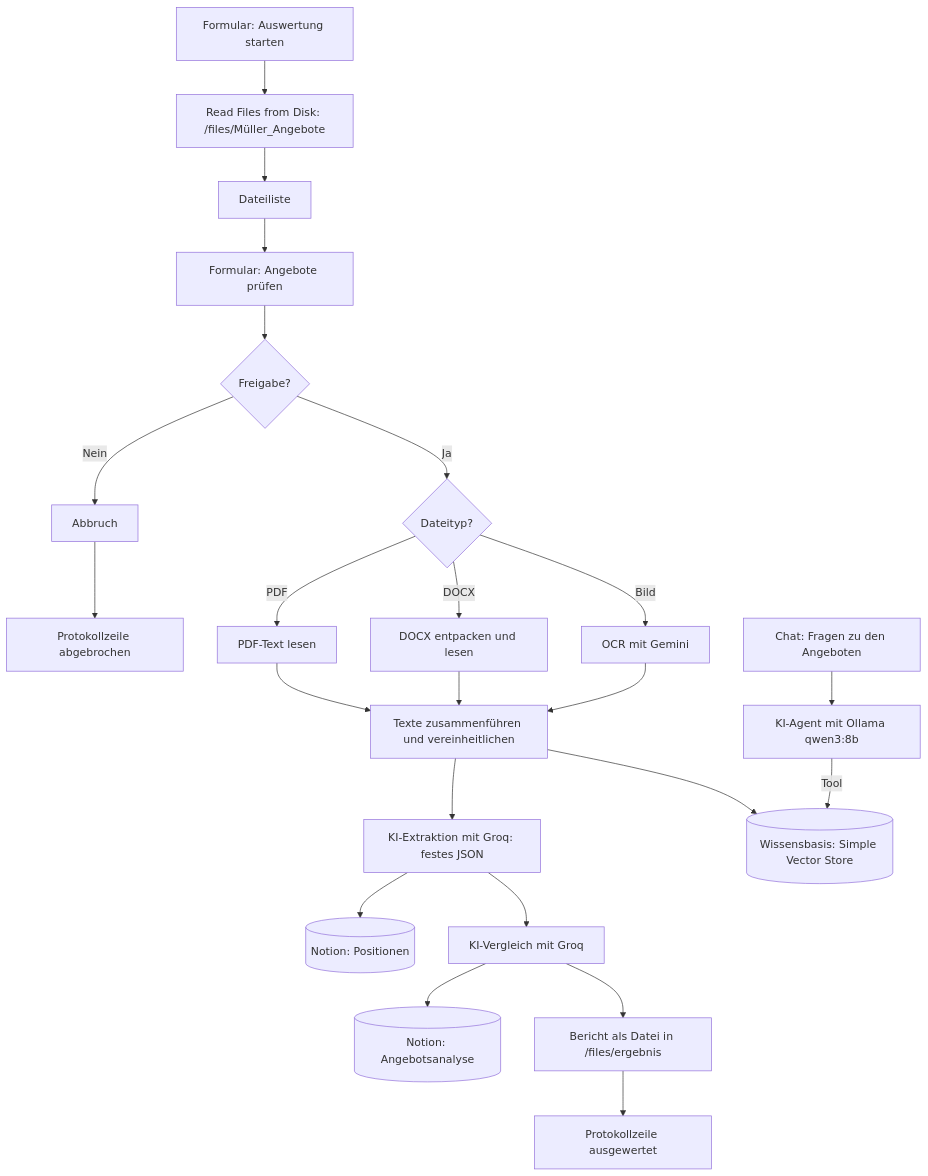
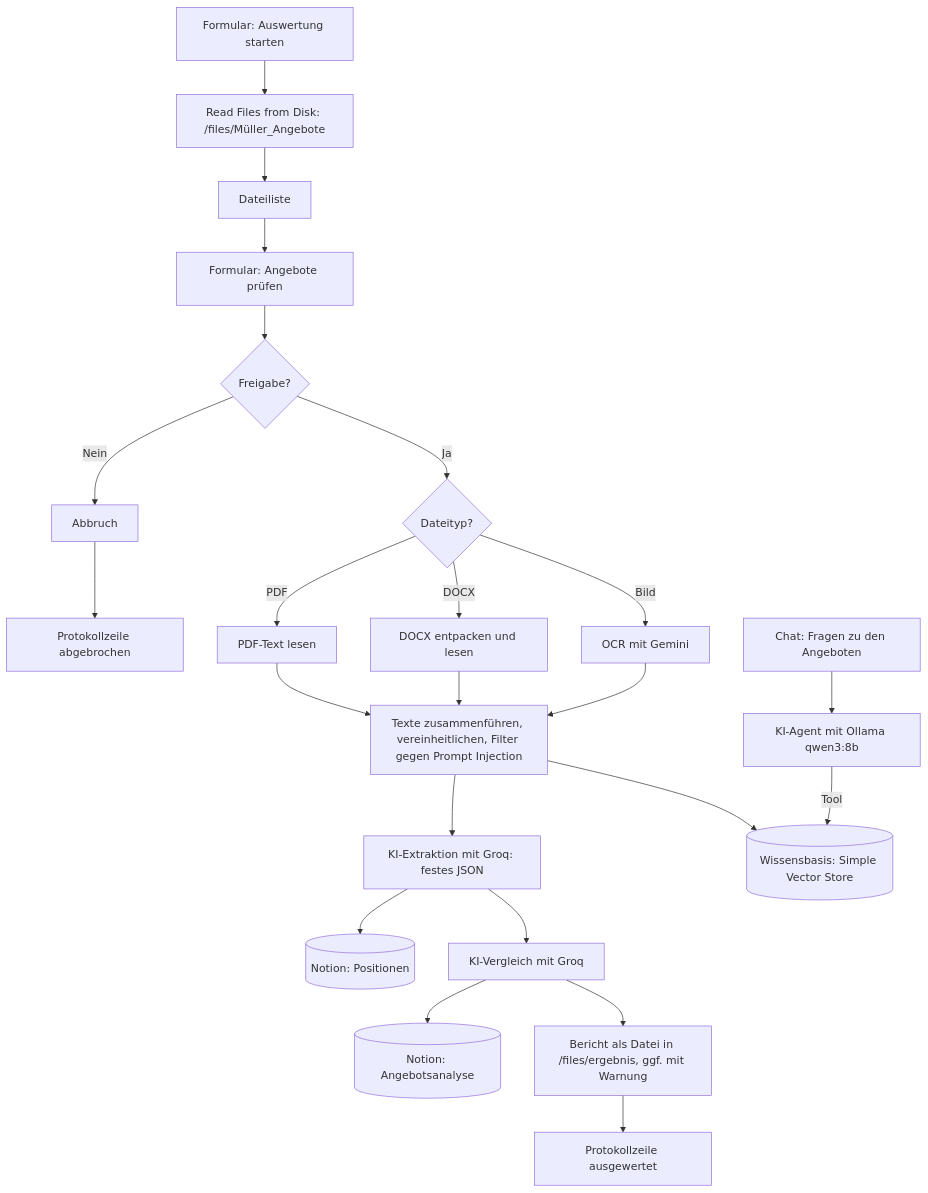
One commit to Oliver3110/n8n-angebotsauswertung-bau changed the diagram in README.md. Above: the diagram before and after it, drawn with Mermaid. The commit also changed other lines of this file and 3 other files, not shown here.

First line of the commit message:
Erweiterung Schutz gegen Prompt Injection: Filter, Warnung, Tests T9 und T10

````diff
--- a/README.md
+++ b/README.md
@@ -56,23 +68,23 @@
 ```mermaid
 flowchart TD
     A[Formular: Auswertung starten] --> B[Read Files from Disk: /files/Müller_Angebote]
     B --> C[Dateiliste]
     C --> D[Formular: Angebote prüfen]
     D --> E{Freigabe?}
     E -- Nein --> X[Abbruch] --> P2[Protokollzeile abgebrochen]
     E -- Ja --> F{Dateityp?}
     F -- PDF --> H[PDF-Text lesen]
     F -- DOCX --> I[DOCX entpacken und lesen]
     F -- Bild --> J[OCR mit Gemini]
-    H --> K[Texte zusammenführen und vereinheitlichen]
+    H --> K[Texte zusammenführen, vereinheitlichen, Filter gegen Prompt Injection]
     I --> K
     J --> K
     K --> M[KI-Extraktion mit Groq: festes JSON]
     K --> V[(Wissensbasis: Simple Vector Store)]
     M --> N[(Notion: Positionen)]
     M --> R[KI-Vergleich mit Groq]
     R --> S[(Notion: Angebotsanalyse)]
-    R --> T[Bericht als Datei in /files/ergebnis] --> P1[Protokollzeile ausgewertet]
+    R --> T[Bericht als Datei in /files/ergebnis, ggf. mit Warnung] --> P1[Protokollzeile ausgewertet]
     W[Chat: Fragen zu den Angeboten] --> Y[KI-Agent mit Ollama qwen3:8b]
     Y -- Tool --> V
 ```
````
